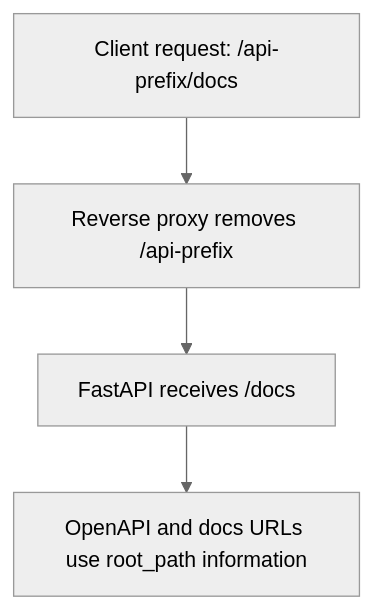
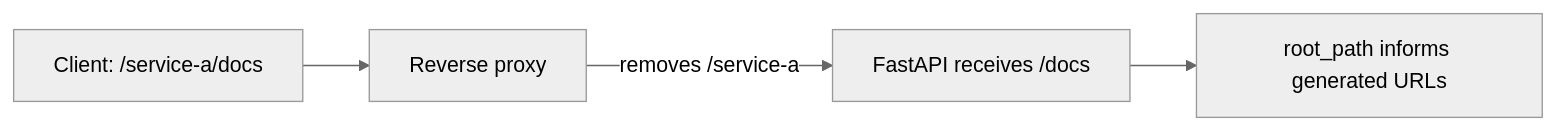
One commit to AvadhBhalodiya/Interview-Preparation changed the fifth of 7 diagrams in src/content/fastapi/openapi-swagger-docs.md. Above: the diagram before and after it, drawn with Mermaid (neutral theme). The commit also changed other lines of this file and 80 other files, not shown here.

````diff
--- a/src/content/fastapi/openapi-swagger-docs.md
+++ b/src/content/fastapi/openapi-swagger-docs.md
@@ -1017,6 +547,6 @@
 ```mermaid
-flowchart TD
-    A["Client request: /api-prefix/docs"] --> B["Reverse proxy removes /api-prefix"]
-    B --> C["FastAPI receives /docs"]
-    C --> D["OpenAPI and docs URLs use root_path information"]
+flowchart LR
+    A["Client: /service-a/docs"] --> B[Reverse proxy]
+    B -->|removes /service-a| C["FastAPI receives /docs"]
+    C --> D[root_path informs generated URLs]
 ```
````
